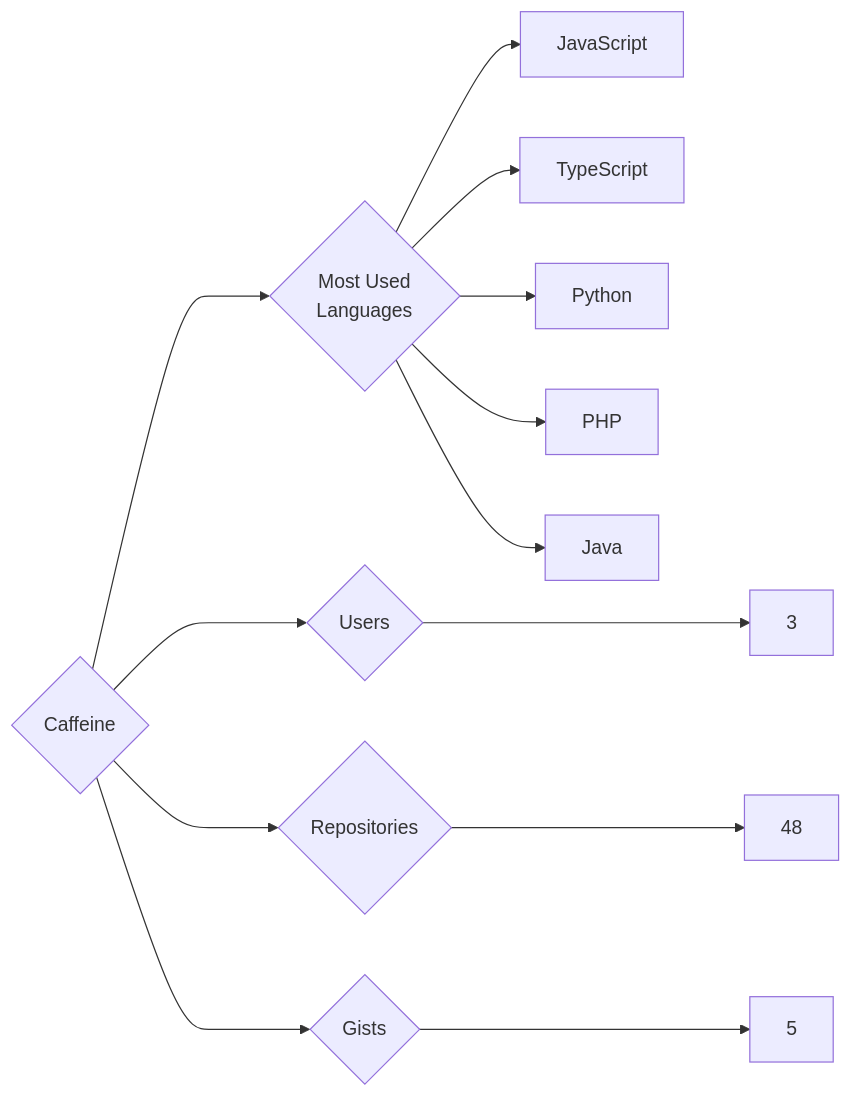
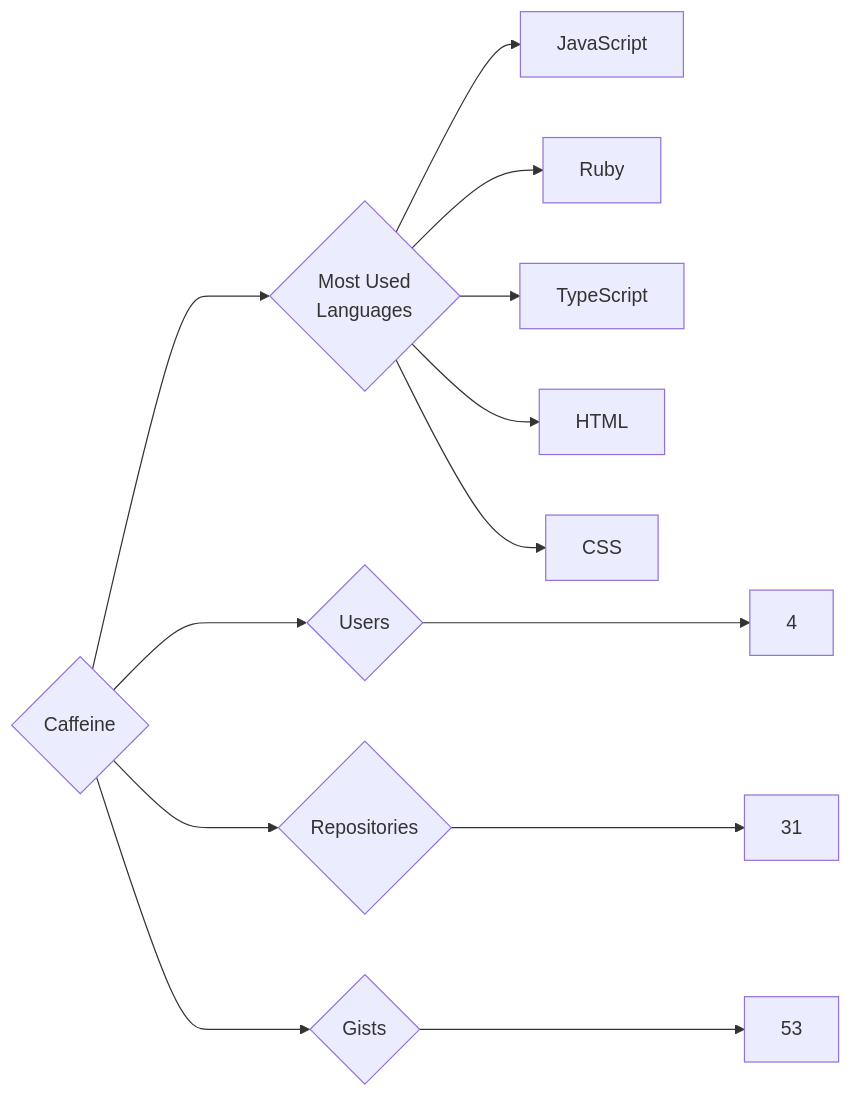
Before and after one commit to trickest/insiders: the diagram in targets/Caffeine/README.md, drawn with Mermaid. The commit also changed 1314 other files, not shown here.

````diff
--- a/targets/Caffeine/README.md
+++ b/targets/Caffeine/README.md
@@ -3,13 +3,13 @@
 ```mermaid
 graph LR
 COMPANY_NAME{Caffeine}
-COMPANY_NAME ---> U{Users} ---> UN[3]
-COMPANY_NAME ---> R{Repositories} ---> RN[48]
-COMPANY_NAME ---> G{Gists} ---> GN[5]
+COMPANY_NAME ---> U{Users} ---> UN[4]
+COMPANY_NAME ---> R{Repositories} ---> RN[31]
+COMPANY_NAME ---> G{Gists} ---> GN[53]
 COMPANY_NAME ---> ML{Most Used<br>Languages}
 ML --> JavaScript[JavaScript]
+ML --> Ruby[Ruby]
 ML --> TypeScript[TypeScript]
-ML --> Python[Python]
-ML --> PHP[PHP]
-ML --> Java[Java]
+ML --> HTML[HTML]
+ML --> CSS[CSS]
 ```
````
